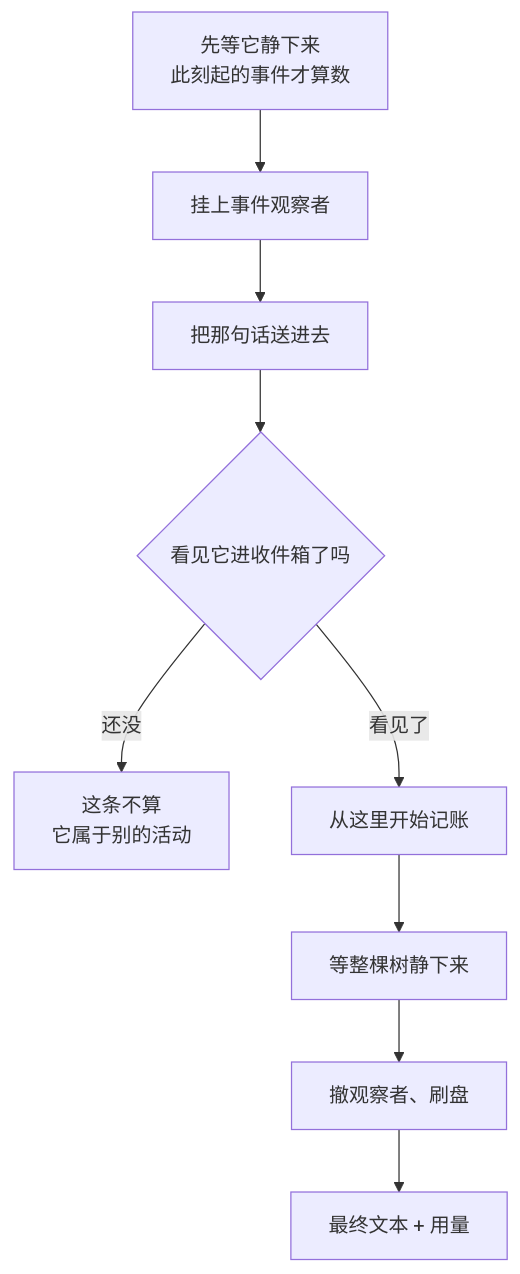
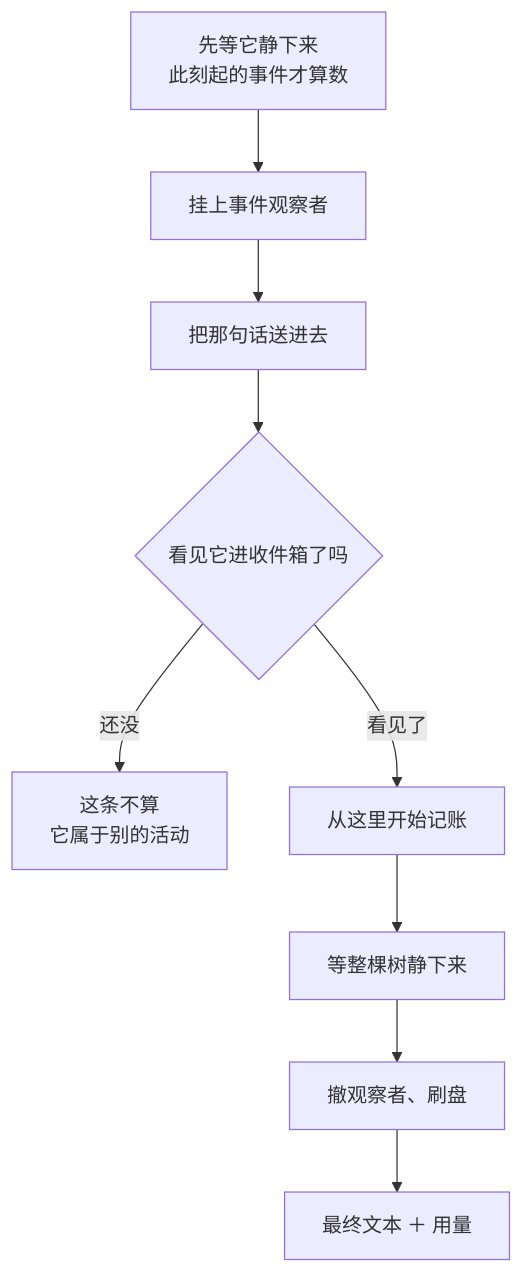
One commit to snight1983/ds-harness-go changed diagram 11 of 43 in docs/embedding.md. Above: the diagram before and after it, drawn with Mermaid. The commit also changed other lines of this file and 43 other files, not shown here.

Commit message:
docs: 图解架构与模块设计

````diff
--- a/docs/embedding.md
+++ b/docs/embedding.md
@@ -68,11 +127,11 @@
 ```mermaid
 flowchart TD
     A["先等它静下来<br/>此刻起的事件才算数"] --> B["挂上事件观察者"]
     B --> C["把那句话送进去"]
     C --> D{"看见它进收件箱了吗"}
     D -->|"还没"| E["这条不算<br/>它属于别的活动"]
     D -->|"看见了"| F["从这里开始记账"]
     F --> G["等整棵树静下来"]
     G --> H["撤观察者、刷盘"]
-    H --> I["最终文本 + 用量"]
+    H --> I["最终文本 ＋ 用量"]
 ```
````
